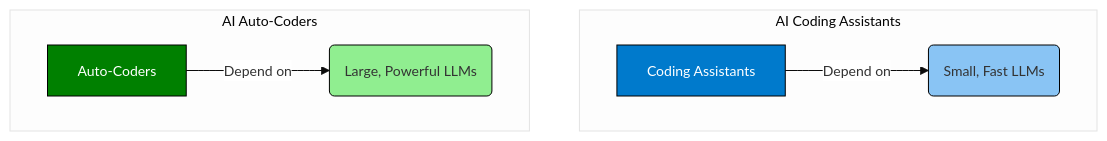
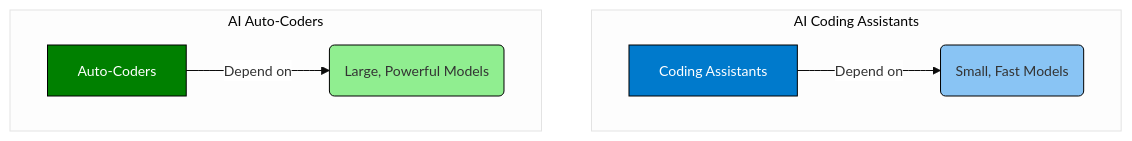
Before and after one commit to olilanz/RooCode-Local-Evaluation: the first of 3 diagrams in README.md, drawn with Mermaid. The commit also changed other lines of this file, not shown here.

````diff
--- a/README.md
+++ b/README.md
@@ -52,16 +49,16 @@
 ```mermaid
 %%{ init: { 'theme': 'base', 'themeVariables': { 'primaryColor': '#f0f0f0', 'edgeLabelBackground':'#ffffff', 'fontSize':'14px' } } }%%
 flowchart TD
     subgraph "AI Coding Assistants"
-        A[Coding Assistants] -->|Depend on| B(Small, Fast LLMs)
+        A[Coding Assistants] -->|Depend on| B(Small, Fast Models)
     end
     
     subgraph "AI Auto-Coders"
-        C[Auto-Coders] -->|Depend on| D(Large, Powerful LLMs)
+        C[Auto-Coders] -->|Depend on| D(Large, Powerful Models)
     end
     
     style A fill:#007acc,stroke:#000,color:#fff
     style B fill:#89c4f4,stroke:#000
     style C fill:#008000,stroke:#000,color:#fff
     style D fill:#90ee90,stroke:#000
 ```
````
